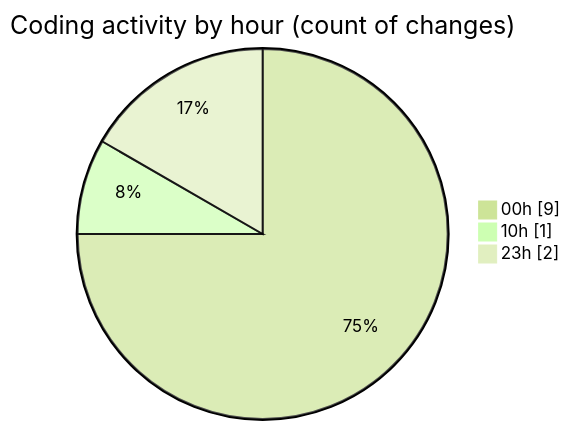
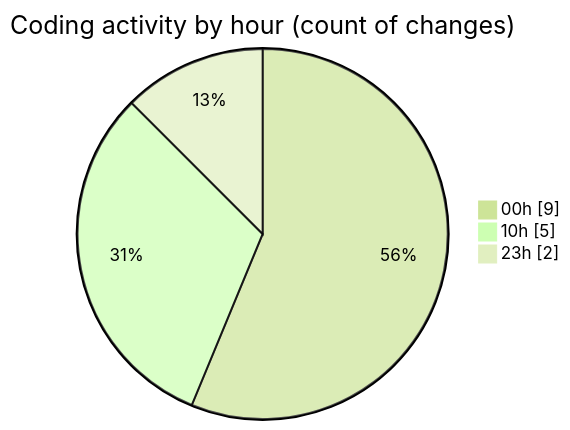
One commit to julien-gomy/code-tracking changed the second of 2 diagrams in 2025-11-15/cdp_aleoudev_fr__workspace_/README.md. Above: the diagram before and after it, drawn with Mermaid (forest theme). The commit also changed other lines of this file and 1 other file, not shown here.

````diff
--- a/2025-11-15/cdp_aleoudev_fr__workspace_/README.md
+++ b/2025-11-15/cdp_aleoudev_fr__workspace_/README.md
@@ -30,7 +32,7 @@
 ```mermaid
 pie showData
 title Coding activity by hour (count of changes)
 "00h" : 9
-"10h" : 1
+"10h" : 5
 "23h" : 2
 ```
````
